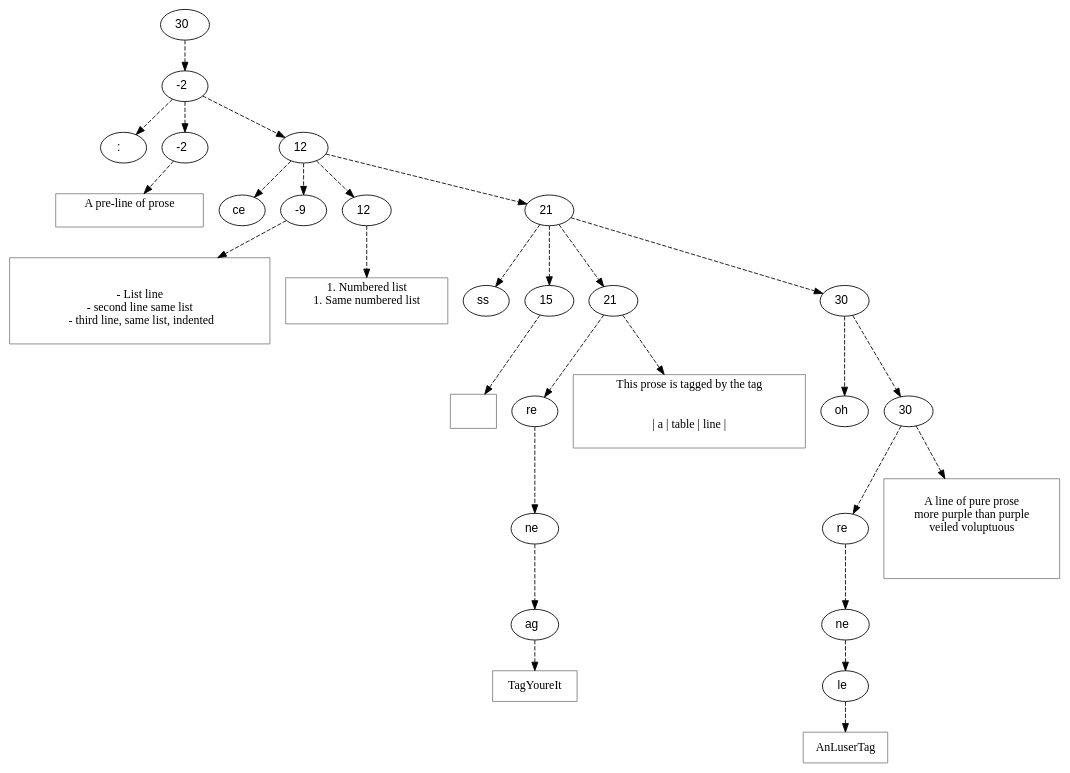
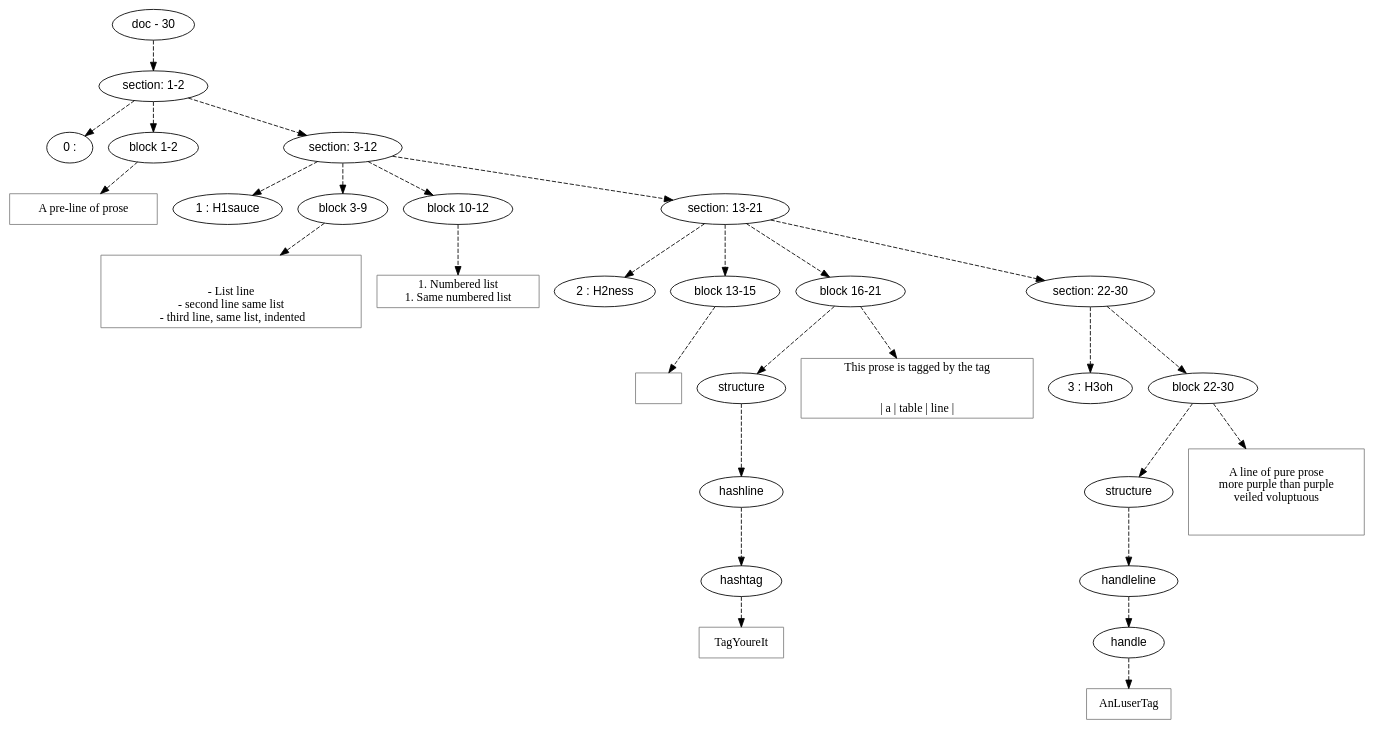
The diagram in orb/dot/samples/chunky.gm.dot (mnemnion/orb), drawn with Graphviz before and after one commit. The commit also changed 114 other files, not shown here.

```diff
--- a/orb/dot/samples/chunky.gm.dot
+++ b/orb/dot/samples/chunky.gm.dot
@@ -1,114 +1,137 @@
 digraph hierarchy {
 
 node [fontname=Helvetica]
 edge [style=dashed]
 
-doc_0 [label="30  "]
+doc_0 [label="doc - 30"]
+
 
 doc_0 -> { section_1}
 {rank=same; section_1}
 
-section_1 [label="-2  "]
+section_1 [label="section: 1-2"]
+
 
 section_1 -> { header_2 block_3 section_4}
 {rank=same; header_2 block_3 section_4}
 
-header_2 [label=":   "]
-block_3 [label="-2  "]
-section_4 [label="12  "]
+header_2 [label="0 : "]
+
+block_3 [label="block 1-2"]
+
+section_4 [label="section: 3-12"]
+
 
 
 block_3 -> leaf_5
 leaf_5  [color=Gray,shape=rectangle,fontname=Inconsolata,label="A pre-line of prose
-
-"]section_4 -> { header_6 block_7 block_8 section_9}
+"]
+section_4 -> { header_6 block_7 block_8 section_9}
 {rank=same; header_6 block_7 block_8 section_9}
 
-header_6 [label="ce  "]
-block_7 [label="-9  "]
-block_8 [label="12  "]
-section_9 [label="21  "]
+header_6 [label="1 : H1sauce"]
+
+block_7 [label="block 3-9"]
+
+block_8 [label="block 10-12"]
+
+section_9 [label="section: 13-21"]
+
 
 
 block_7 -> leaf_10
 leaf_10  [color=Gray,shape=rectangle,fontname=Inconsolata,label="
 
 - List line
 - second line same list
   - third line, same list, indented
+"]
 
-"]
 block_8 -> leaf_11
 leaf_11  [color=Gray,shape=rectangle,fontname=Inconsolata,label="1. Numbered list
 1. Same numbered list
-
-"]section_9 -> { header_12 block_13 block_14 section_15}
+"]
+section_9 -> { header_12 block_13 block_14 section_15}
 {rank=same; header_12 block_13 block_14 section_15}
 
-header_12 [label="ss  "]
-block_13 [label="15  "]
-block_14 [label="21  "]
-section_15 [label="30  "]
+header_12 [label="2 : H2ness"]
+
+block_13 [label="block 13-15"]
+
+block_14 [label="block 16-21"]
+
+section_15 [label="section: 22-30"]
+
 
 
 block_13 -> leaf_16
 leaf_16  [color=Gray,shape=rectangle,fontname=Inconsolata,label="
-
-"]block_14 -> { structure_17}
+"]
+block_14 -> { structure_17}
 {rank=same; structure_17}
 
-structure_17 [label="re  "]
+structure_17 [label="structure"]
+
 
 structure_17 -> { hashline_18}
 {rank=same; hashline_18}
 
-hashline_18 [label="ne  "]
+hashline_18 [label="hashline"]
+
 
 hashline_18 -> { hashtag_19}
 {rank=same; hashtag_19}
 
-hashtag_19 [label="ag  "]
+hashtag_19 [label="hashtag"]
+
 
 
 hashtag_19 -> leaf_20
 leaf_20  [color=Gray,shape=rectangle,fontname=Inconsolata,label="TagYoureIt"]
+
 block_14 -> leaf_21
 leaf_21  [color=Gray,shape=rectangle,fontname=Inconsolata,label="This prose is tagged by the tag
 
 
 | a | table | line |
-
-"]section_15 -> { header_22 block_23}
+"]
+section_15 -> { header_22 block_23}
 {rank=same; header_22 block_23}
 
-header_22 [label="oh  "]
-block_23 [label="30  "]
+header_22 [label="3 : H3oh"]
+
+block_23 [label="block 22-30"]
+
 
 block_23 -> { structure_24}
 {rank=same; structure_24}
 
-structure_24 [label="re  "]
+structure_24 [label="structure"]
+
 
 structure_24 -> { handleline_25}
 {rank=same; handleline_25}
 
-handleline_25 [label="ne  "]
+handleline_25 [label="handleline"]
+
 
 handleline_25 -> { handle_26}
 {rank=same; handle_26}
 
-handle_26 [label="le  "]
+handle_26 [label="handle"]
+
 
 
 handle_26 -> leaf_27
 leaf_27  [color=Gray,shape=rectangle,fontname=Inconsolata,label="AnLuserTag"]
+
 block_23 -> leaf_28
 leaf_28  [color=Gray,shape=rectangle,fontname=Inconsolata,label="
 A line of pure prose
 more purple than purple
 veiled voluptuous
 
 
+"]
 
-"]
 }
```
